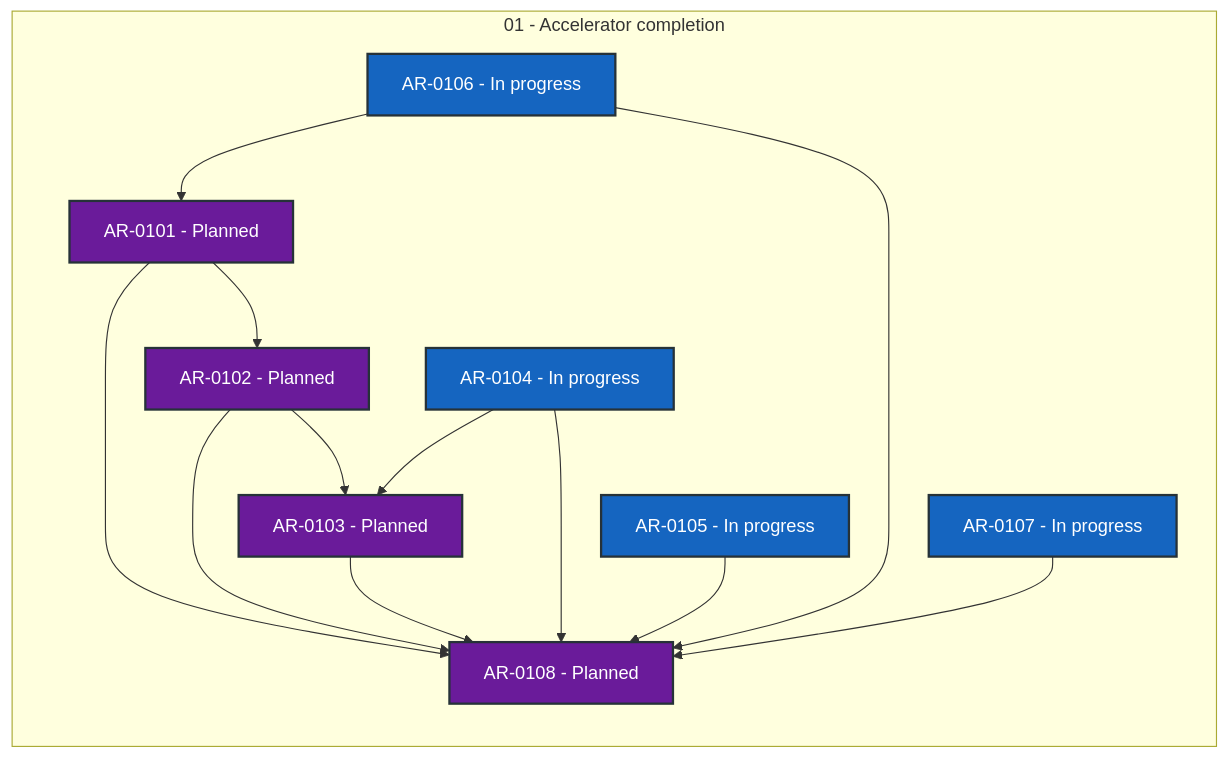
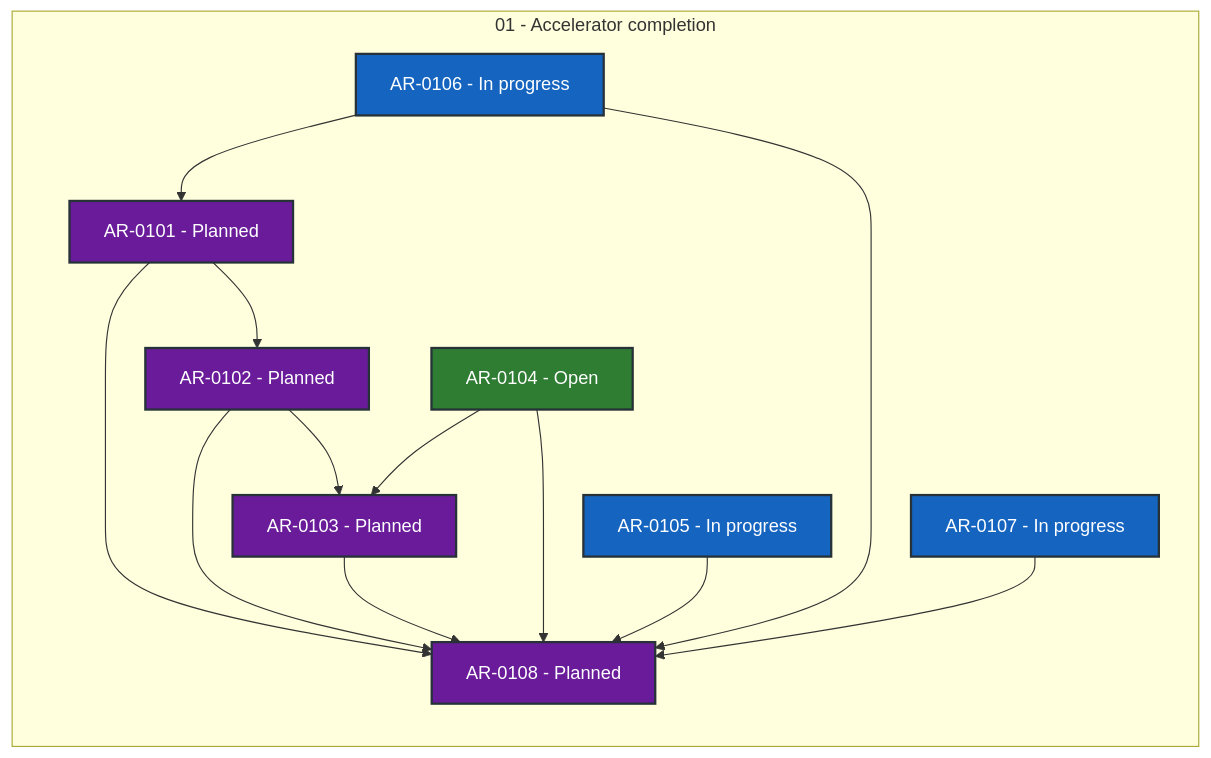
One commit to locutus3009/exgame changed the diagram in coordination/STATUS.md. Above: the diagram before and after it, drawn with Mermaid. The commit also changed other lines of this file and 2 other files, not shown here.

````diff
--- a/coordination/STATUS.md
+++ b/coordination/STATUS.md
@@ -28,34 +28,34 @@
 ```mermaid
 flowchart LR
     subgraph series_01["01 - Accelerator completion"]
         direction TB
         AR_0101["AR-0101 - Planned"]:::status_planned
         AR_0102["AR-0102 - Planned"]:::status_planned
         AR_0103["AR-0103 - Planned"]:::status_planned
-        AR_0104["AR-0104 - In progress"]:::status_in_progress
+        AR_0104["AR-0104 - Open"]:::status_open
         AR_0105["AR-0105 - In progress"]:::status_in_progress
         AR_0106["AR-0106 - In progress"]:::status_in_progress
         AR_0107["AR-0107 - In progress"]:::status_in_progress
         AR_0108["AR-0108 - Planned"]:::status_planned
     end
     AR_0101 --> AR_0102
     AR_0101 --> AR_0108
     AR_0102 --> AR_0103
     AR_0102 --> AR_0108
     AR_0103 --> AR_0108
     AR_0104 --> AR_0103
     AR_0104 --> AR_0108
     AR_0105 --> AR_0108
     AR_0106 --> AR_0101
     AR_0106 --> AR_0108
     AR_0107 --> AR_0108
     classDef status_in_progress fill:#1565c0,color:#ffffff,stroke:#263238,stroke-width:2px
     classDef status_in_review fill:#ad1457,color:#ffffff,stroke:#263238,stroke-width:2px
     classDef status_open fill:#2e7d32,color:#ffffff,stroke:#263238,stroke-width:2px
     classDef status_blocked fill:#c62828,color:#ffffff,stroke:#263238,stroke-width:2px
     classDef status_planned fill:#6a1b9a,color:#ffffff,stroke:#263238,stroke-width:2px
     classDef status_future fill:#455a64,color:#ffffff,stroke:#263238,stroke-width:2px
     classDef status_done fill:#00695c,color:#ffffff,stroke:#263238,stroke-width:2px
     classDef status_cancelled fill:#616161,color:#ffffff,stroke:#263238,stroke-width:2px
     classDef status_superseded fill:#5d4037,color:#ffffff,stroke:#263238,stroke-width:2px
 ```
````
